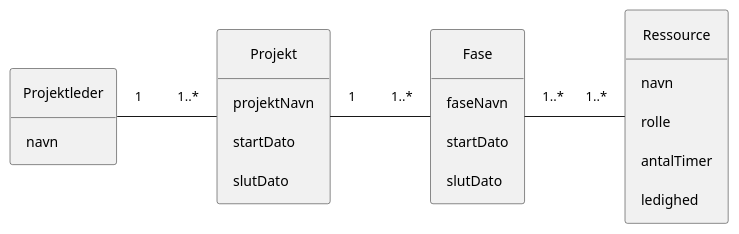
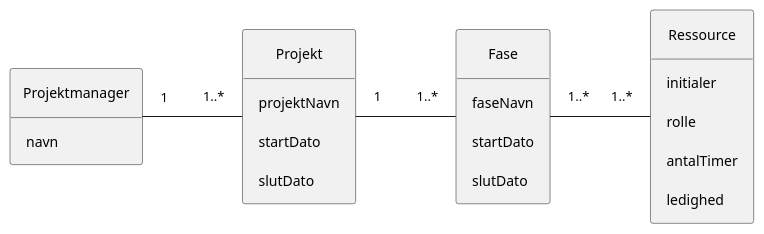
One commit to Rasmuus15/Eksamensprojekt-Novo changed the diagram in Models/Novo-DomainModel.plantuml. Above: the diagram before and after it, drawn with PlantUML.

Commit message:
Domænemode ændringer

```diff
--- a/Models/Novo-DomainModel.plantuml
+++ b/Models/Novo-DomainModel.plantuml
@@ -1,50 +1,50 @@
 @startuml
 hide circle
 hide empty members
 
 skinparam padding 10
 skinparam nodesep 100
 skinparam ranksep 100
 
-Projektleder "1" ---right--- "1..*" Projekt
+Projektmanager "1" ---right--- "1..*" Projekt
 Fase "1..*" ---left--- "1" Projekt
 Fase "1..*" ---right--- "1..*" Ressource
 ' Kompleksitet "1" ---right--- "1..*" Pro
 ' Kompleksitet "1" ---right--- "1..*" Fase
 ' Kompleksitet "1" ---right--- "1..*" Bemanding
 
 'Konceptuelle klasser
-Class Projektleder
+Class Projektmanager
 {
     navn
 }
 
 Class Ressource
 {
-    navn
+    initialer
     rolle
     antalTimer
     ledighed
 }
 
 Class Fase
 {
     faseNavn
     startDato
     slutDato
 }
 
 Class Projekt
 {
     projektNavn
     startDato
     slutDato
 }
 
 ' Class Kompleksitet
 ' {
 '     kompleksitetsgrad
 ' }
 
 
 @enduml
```
